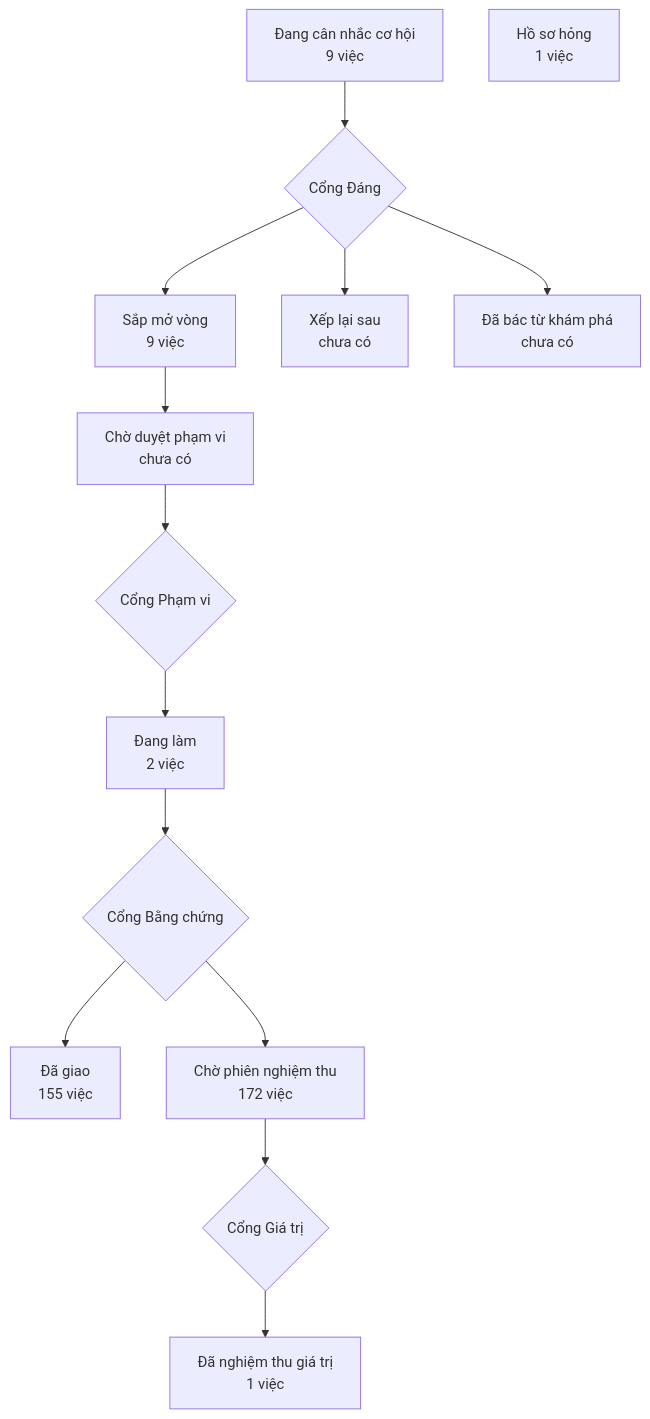
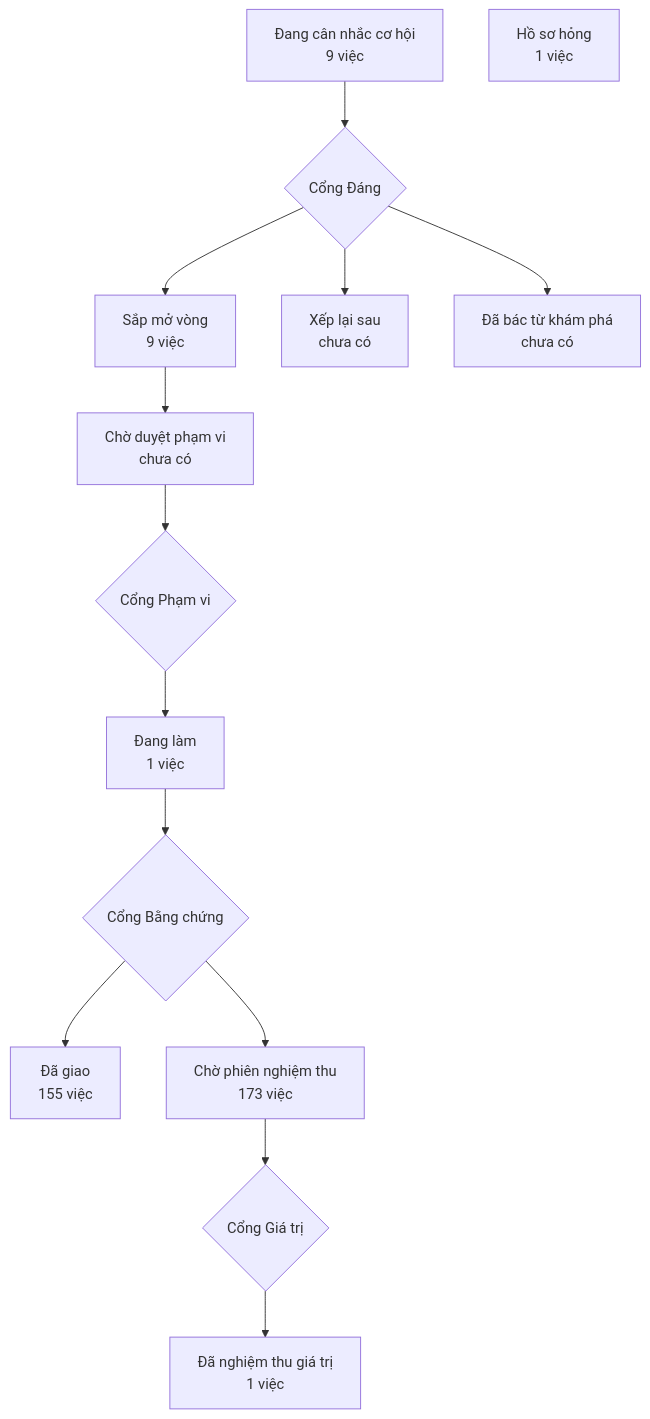
One commit to phanlemanh/crm-onehub changed the diagram in PRODUCT-MAP.md. Above: the diagram before and after it, drawn with Mermaid. The commit also changed 4 other files, not shown here.

````diff
--- a/PRODUCT-MAP.md
+++ b/PRODUCT-MAP.md
@@ -7,13 +7,13 @@
 ```mermaid
 flowchart TD
   A["Đang cân nhắc cơ hội<br/>9 việc"] --> GD{"Cổng Đáng"}
   GD --> B["Sắp mở vòng<br/>9 việc"]
   GD --> XL["Xếp lại sau<br/>chưa có"]
   GD --> DB["Đã bác từ khám phá<br/>chưa có"]
   B --> CD["Chờ duyệt phạm vi<br/>chưa có"] --> GP{"Cổng Phạm vi"}
-  GP --> DL["Đang làm<br/>2 việc"] --> GB{"Cổng Bằng chứng"}
+  GP --> DL["Đang làm<br/>1 việc"] --> GB{"Cổng Bằng chứng"}
   GB --> DG["Đã giao<br/>155 việc"]
-  GB --> CN["Chờ phiên nghiệm thu<br/>172 việc"] --> GG{"Cổng Giá trị"}
+  GB --> CN["Chờ phiên nghiệm thu<br/>173 việc"] --> GG{"Cổng Giá trị"}
   GG --> NT["Đã nghiệm thu giá trị<br/>1 việc"]
   HS["Hồ sơ hỏng<br/>1 việc"]
 ```
````
